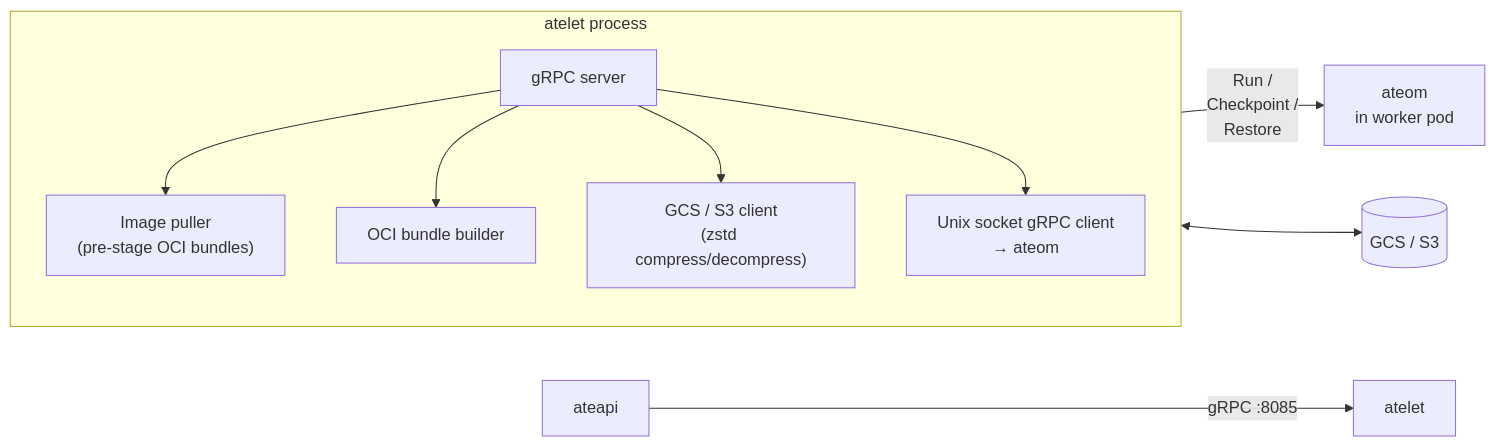
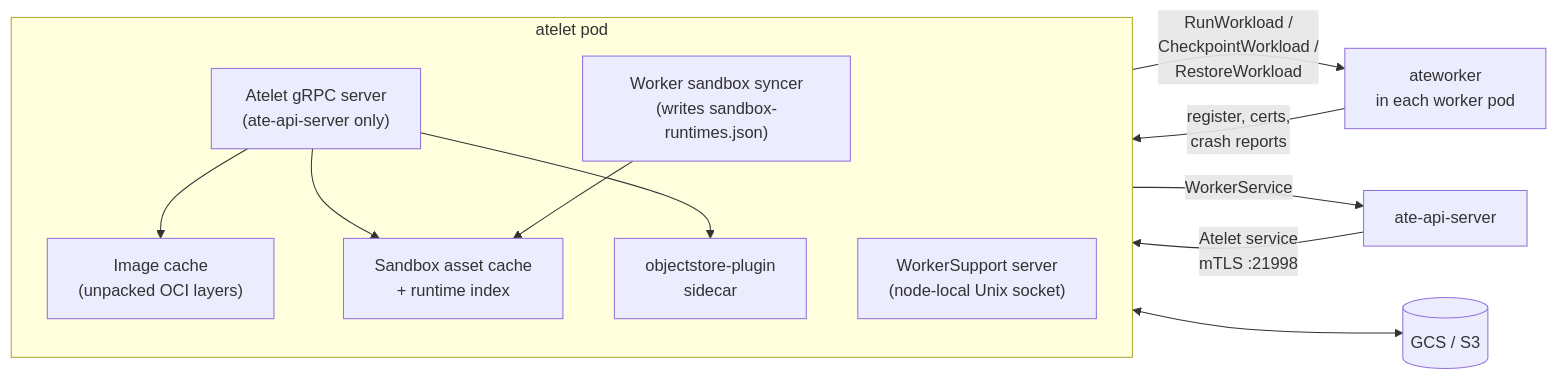
One commit to christian-posta/substrate changed the diagram in atlas/src/content/docs/components/atelet.mdx. Above: the diagram before and after it, drawn with Mermaid. The commit also changed other lines of this file and 34 other files, not shown here.

````diff
--- a/atlas/src/content/docs/components/atelet.mdx
+++ b/atlas/src/content/docs/components/atelet.mdx
@@ -15,25 +21,27 @@
 ```mermaid
 flowchart LR
-  API[ateapi] -- gRPC :8085 --> AT[atelet]
+  API[ate-api-server] -- "Atelet service<br/>mTLS :21998" --> SRV
 
-  subgraph AT_internals["atelet process"]
+  subgraph AT_internals["atelet pod"]
     direction TB
-    SRV["gRPC server"]
-    PULL["Image puller<br/>(pre-stage OCI bundles)"]
-    OCI["OCI bundle builder"]
-    OBJ["GCS / S3 client<br/>(zstd compress/decompress)"]
-    SOCK["Unix socket gRPC client<br/>→ ateom"]
+    SRV["Atelet gRPC server<br/>(ate-api-server only)"]
+    WS["WorkerSupport server<br/>(node-local Unix socket)"]
+    IMG["Image cache<br/>(unpacked OCI layers)"]
+    ASSET["Sandbox asset cache<br/>+ runtime index"]
+    SYNC["Worker sandbox syncer<br/>(writes sandbox-runtimes.json)"]
+    OSP["objectstore-plugin<br/>sidecar"]
   end
 
-  SRV --> PULL
-  SRV --> OCI
-  SRV --> OBJ
-  SRV --> SOCK
+  SRV -- "RunWorkload /<br/>CheckpointWorkload /<br/>RestoreWorkload" --> OM[ateworker<br/>in each worker pod]
+  OM -- "register, certs,<br/>crash reports" --> WS
+  WS -- "WorkerService" --> API
+  SRV --> IMG
+  SRV --> ASSET
+  SYNC --> ASSET
+  SRV --> OSP
+  OSP <--> GCS[("GCS / S3")]
 
-  SOCK -- "Run /<br/>Checkpoint /<br/>Restore" --> OM[ateom<br/>in worker pod]
-  OBJ <--> GCS[("GCS / S3")]
-
-  click API "/components/ateapi/" "ateapi"
-  click OM "/components/ateom-gvisor/" "ateom"
+  click API "/components/ateapi/" "ate-api-server"
+  click OM "/components/ateworker-gvisor/" "ateworker"
   click GCS "/components/storage/" "Storage"
 ```
````
